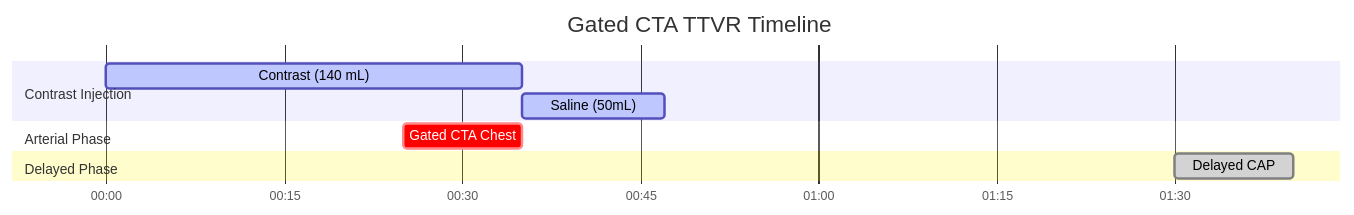
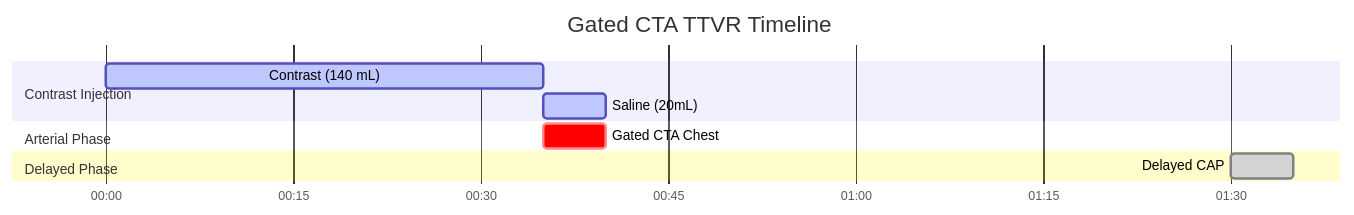
Before and after one commit to dfergs93/radiology-protocols: the diagram in docs/ct/cardiac/gated-cta-ttvr.md, drawn with Mermaid. The commit also changed other lines of this file and 113 other files, not shown here.

````diff
--- a/docs/ct/cardiac/gated-cta-ttvr.md
+++ b/docs/ct/cardiac/gated-cta-ttvr.md
@@ -85,18 +85,18 @@
   ```mermaid
   ---
   config:
     theme: default
   ---
     gantt
       title Gated CTA TTVR Timeline
       dateFormat mm:ss
       axisFormat %M:%S 
       
       section Contrast Injection
       Contrast (140 mL)    :active, contrast, 00:00, 35s
-      Saline (50mL)          :active, saline, after contrast, 12s
+      Saline (20mL)          :active, saline, after contrast, 5s
       section Arterial Phase
-      Gated CTA Chest    :crit, scan1, 00:25, 10s
+      Gated CTA Chest    :crit, scan1, after contrast, 5s
       section Delayed Phase
-      Delayed CAP    :done, scan2, 01:30, 10s
+      Delayed CAP    :done, scan2, 01:30, 5s
   ```
````
